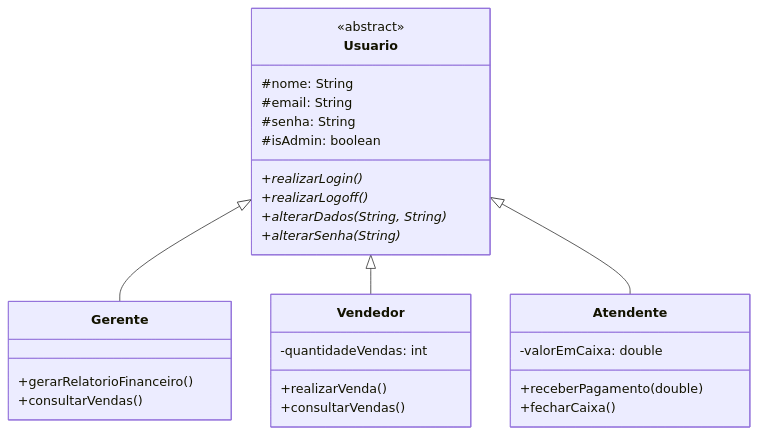
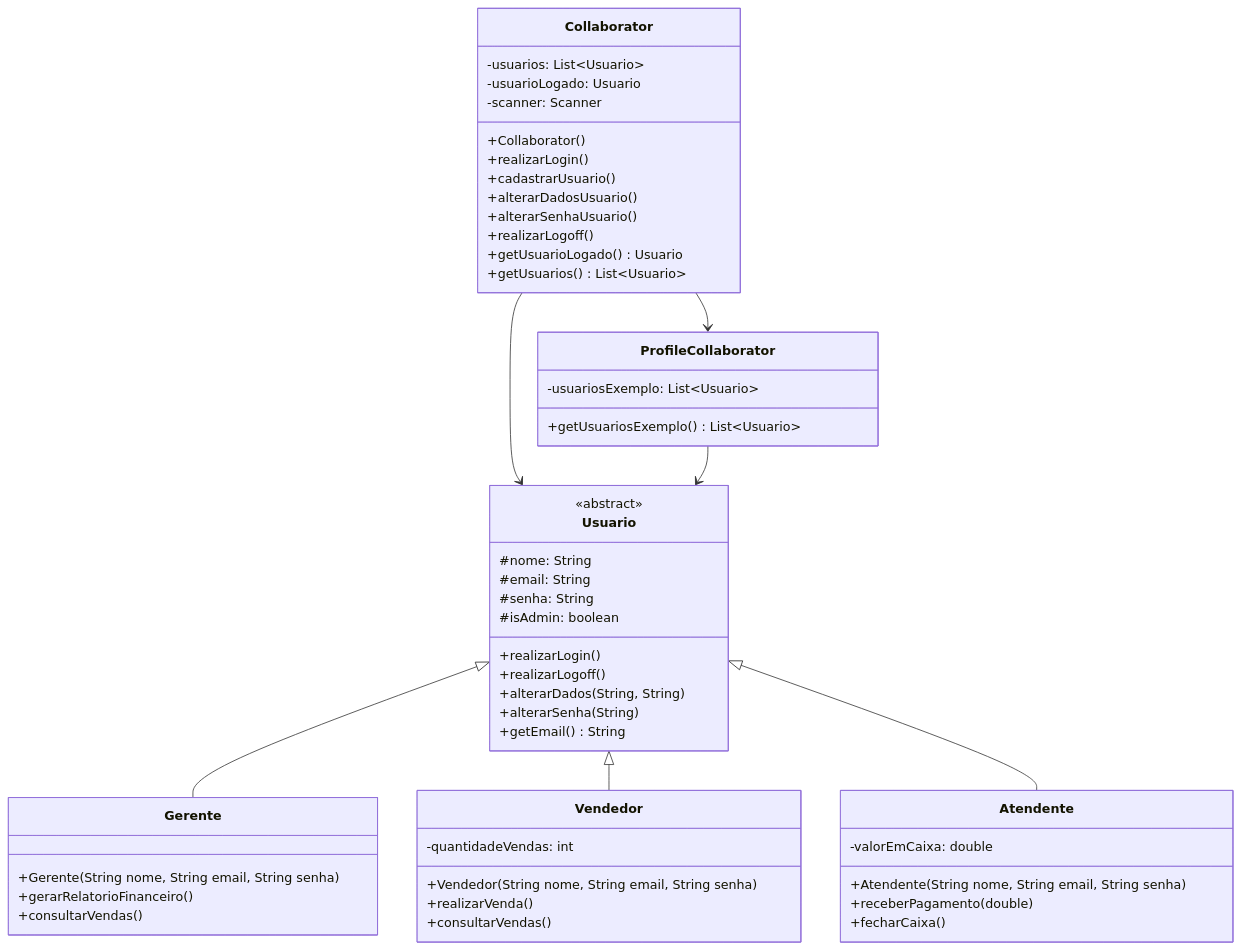
Before and after one commit to jonson22rodriguesalves/ex-collaborator: the diagram in README.md, drawn with Mermaid.

Commit message:
Terceiro Commit.

`````diff
--- a/README.md
+++ b/README.md
@@ -83,36 +83,62 @@
  ````mermaid
 classDiagram
     class Usuario {
         <<abstract>>
         #nome: String
         #email: String
         #senha: String
         #isAdmin: boolean
-        +realizarLogin()*
-        +realizarLogoff()*
-        +alterarDados(String, String)*
-        +alterarSenha(String)*
+        +realizarLogin()
+        +realizarLogoff()
+        +alterarDados(String, String)
+        +alterarSenha(String)
+        +getEmail() String
     }
     
     class Gerente {
+        +Gerente(String nome, String email, String senha)
         +gerarRelatorioFinanceiro()
         +consultarVendas()
     }
     
     class Vendedor {
         -quantidadeVendas: int
+        +Vendedor(String nome, String email, String senha)
         +realizarVenda()
         +consultarVendas()
     }
     
     class Atendente {
         -valorEmCaixa: double
+        +Atendente(String nome, String email, String senha)
         +receberPagamento(double)
         +fecharCaixa()
+    }
+    
+    class Collaborator {
+        -usuarios: List~Usuario~
+        -usuarioLogado: Usuario
+        -scanner: Scanner
+        +Collaborator()
+        +realizarLogin()
+        +cadastrarUsuario()
+        +alterarDadosUsuario()
+        +alterarSenhaUsuario()
+        +realizarLogoff()
+        +getUsuarioLogado() Usuario
+        +getUsuarios() List~Usuario~
+    }
+    
+    class ProfileCollaborator {
+        -usuariosExemplo: List~Usuario~
+        +getUsuariosExemplo() List~Usuario~
     }
     
     Usuario <|-- Gerente
     Usuario <|-- Vendedor
     Usuario <|-- Atendente
+    Collaborator --> Usuario
+    Collaborator --> ProfileCollaborator
+    ProfileCollaborator --> Usuario
 
  ````
`````
